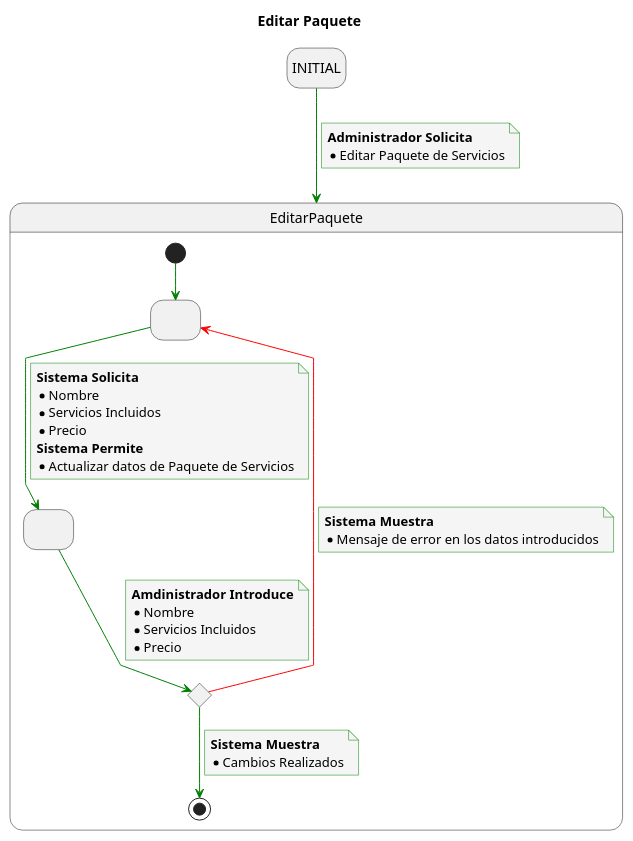
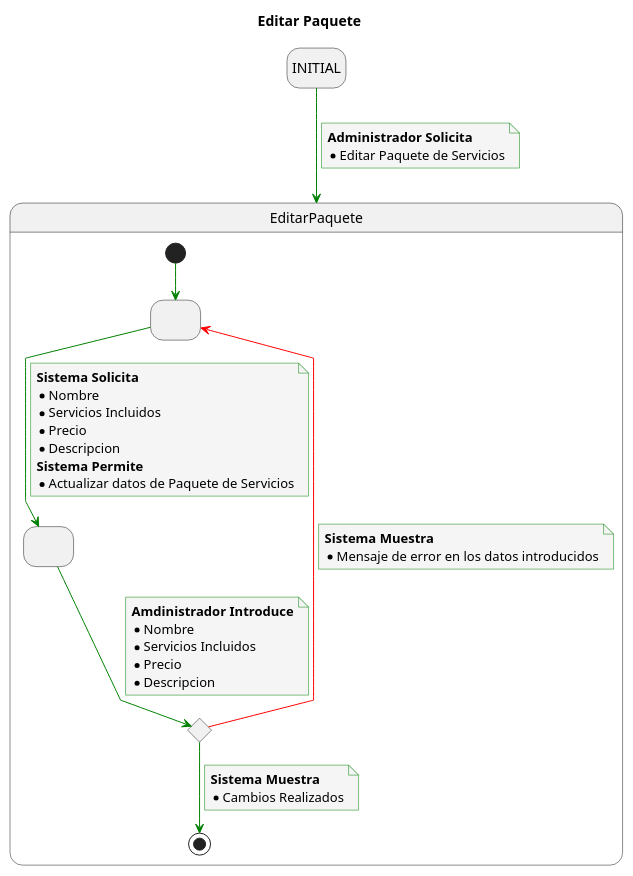
Before and after one commit to mmasias/23-24-IdSw1-SDR: the diagram in Caso_de_Uso/Casos_de_Uso/Administrador/CRUD_Paquetes_De_Servicio_Detallados/Editar_Paquete/EditarPaquete.puml, drawn with PlantUML. The commit also changed 8 other files, not shown here.

```diff
--- a/Caso_de_Uso/Casos_de_Uso/Administrador/CRUD_Paquetes_De_Servicio_Detallados/Editar_Paquete/EditarPaquete.puml
+++ b/Caso_de_Uso/Casos_de_Uso/Administrador/CRUD_Paquetes_De_Servicio_Detallados/Editar_Paquete/EditarPaquete.puml
@@ -1,59 +1,61 @@
 @startuml
 title Editar Paquete
 
 skinparam {
     NoteBackgroundColor #whiteSmoke
     ArrowColor #green
     NoteBorderColor #green
     linetype polyline
 }
 
 hide empty description
 
 state startState as "INITIAL"
 
 startState --> EditarPaquete
 note on link
     <b>Administrador Solicita</b>
     * Editar Paquete de Servicios
 end note
 
 state EditarPaquete{
 state 2 as " "
 state 3 as " "
 state 4 <<choice>>
 
 [*] -down-> 2
 
 2 -down-> 3
 note on link
 <b>Sistema Solicita</b>
 * Nombre
 * Servicios Incluidos
 * Precio
+* Descripcion
 <b>Sistema Permite</b>
 * Actualizar datos de Paquete de Servicios
 end note
 
 3 -down-> 4
 note on link
 <b>Amdinistrador Introduce</b>
 * Nombre
 * Servicios Incluidos
-* Precio 
+* Precio
+* Descripcion
 end note
 
 4 -down-> [*]
 note on link
 <b>Sistema Muestra</b>
 * Cambios Realizados
 end note
 
 4 -[#red]-> 2
 note on link
 <b>Sistema Muestra</b>
 * Mensaje de error en los datos introducidos
 end note
 
 }
 @enduml
```
